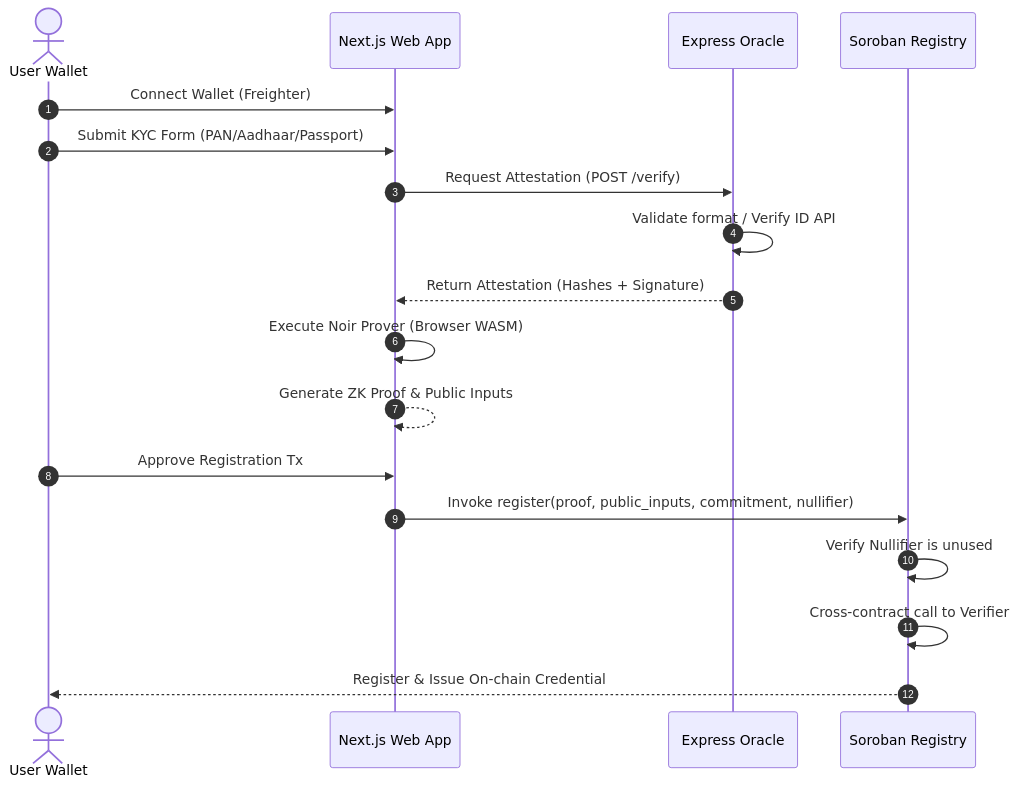
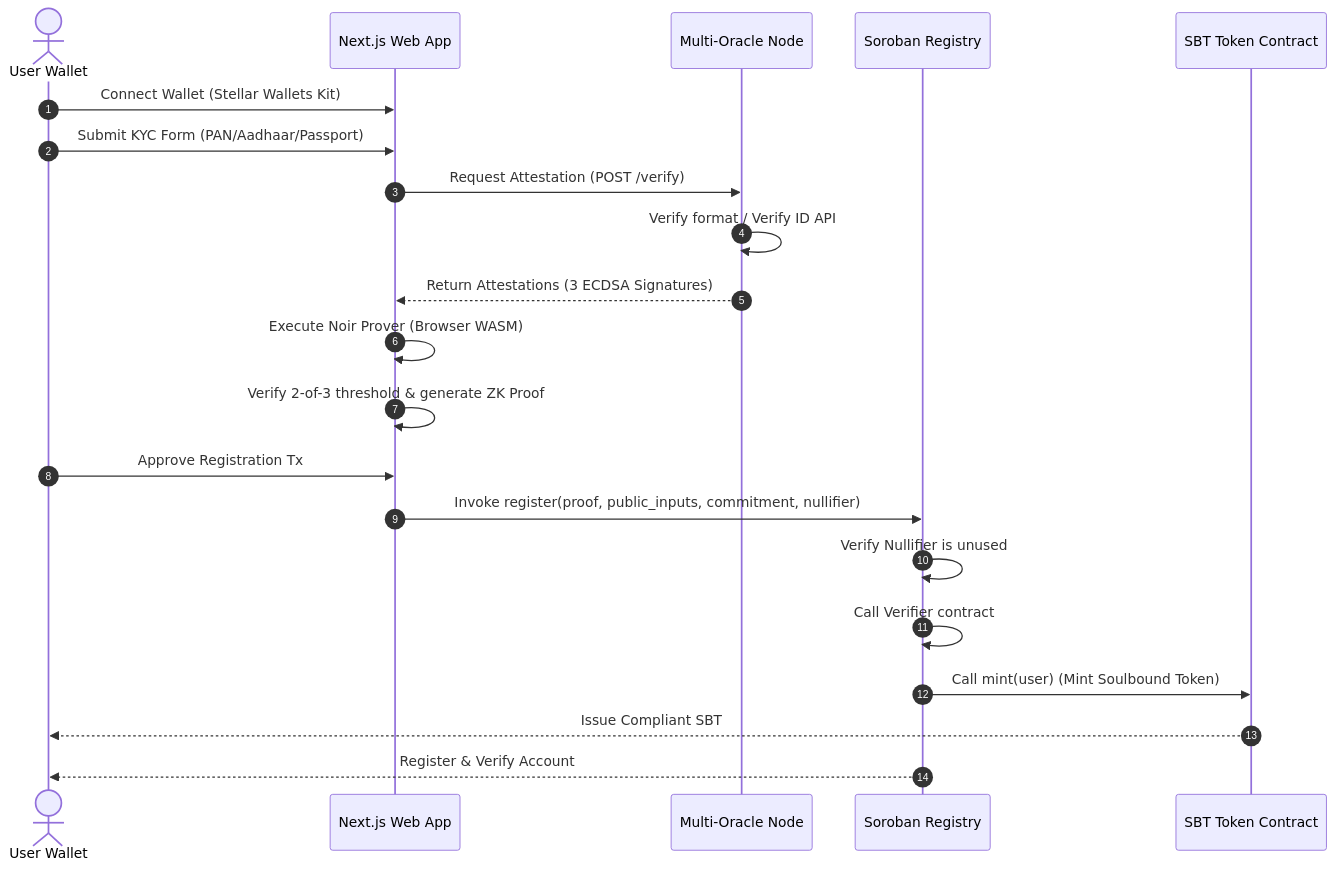
Before and after one commit to 0day-Ashish/luminar.io: the diagram in README.md, drawn with Mermaid. The commit also changed other lines of this file, not shown here.

Commit message:
docs: update root README for V2 multi-oracle threshold consensus, SBT, and multi-wallet

````diff
--- a/README.md
+++ b/README.md
@@ -32,21 +36,24 @@
 ```mermaid
 sequenceDiagram
     autonumber
     actor User as User Wallet
     participant Frontend as Next.js Web App
-    participant Oracle as Express Oracle
+    participant Oracles as Multi-Oracle Node
     participant Contract as Soroban Registry
+    participant SBT as SBT Token Contract
 
-    User->>Frontend: Connect Wallet (Freighter)
+    User->>Frontend: Connect Wallet (Stellar Wallets Kit)
     User->>Frontend: Submit KYC Form (PAN/Aadhaar/Passport)
-    Frontend->>Oracle: Request Attestation (POST /verify)
-    Oracle->>Oracle: Validate format / Verify ID API
-    Oracle-->>Frontend: Return Attestation (Hashes + Signature)
+    Frontend->>Oracles: Request Attestation (POST /verify)
+    Oracles->>Oracles: Verify format / Verify ID API
+    Oracles-->>Frontend: Return Attestations (3 ECDSA Signatures)
     Frontend->>Frontend: Execute Noir Prover (Browser WASM)
-    Frontend-->>Frontend: Generate ZK Proof & Public Inputs
+    Frontend->>Frontend: Verify 2-of-3 threshold & generate ZK Proof
     User->>Frontend: Approve Registration Tx
     Frontend->>Contract: Invoke register(proof, public_inputs, commitment, nullifier)
     Contract->>Contract: Verify Nullifier is unused
-    Contract->>Contract: Cross-contract call to Verifier
-    Contract-->>User: Register & Issue On-chain Credential
+    Contract->>Contract: Call Verifier contract
+    Contract->>SBT: Call mint(user) (Mint Soulbound Token)
+    SBT-->>User: Issue Compliant SBT
+    Contract-->>User: Register & Verify Account
 ```
````
